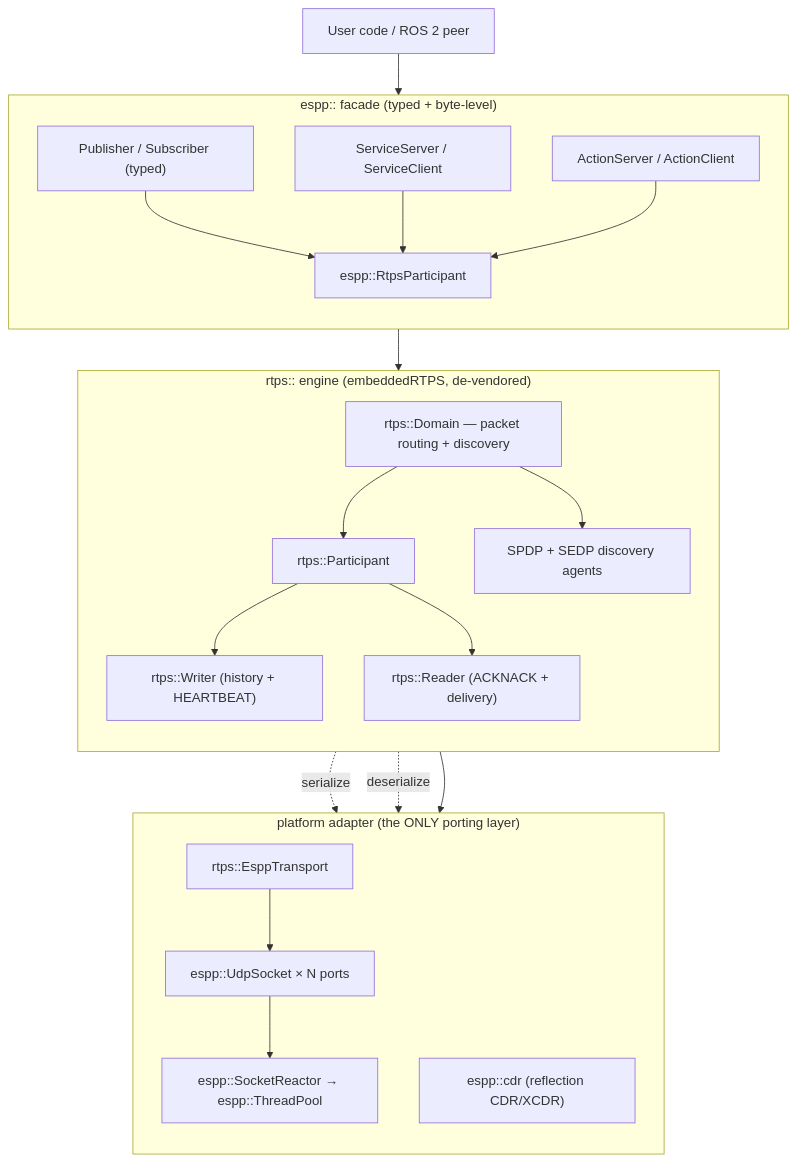
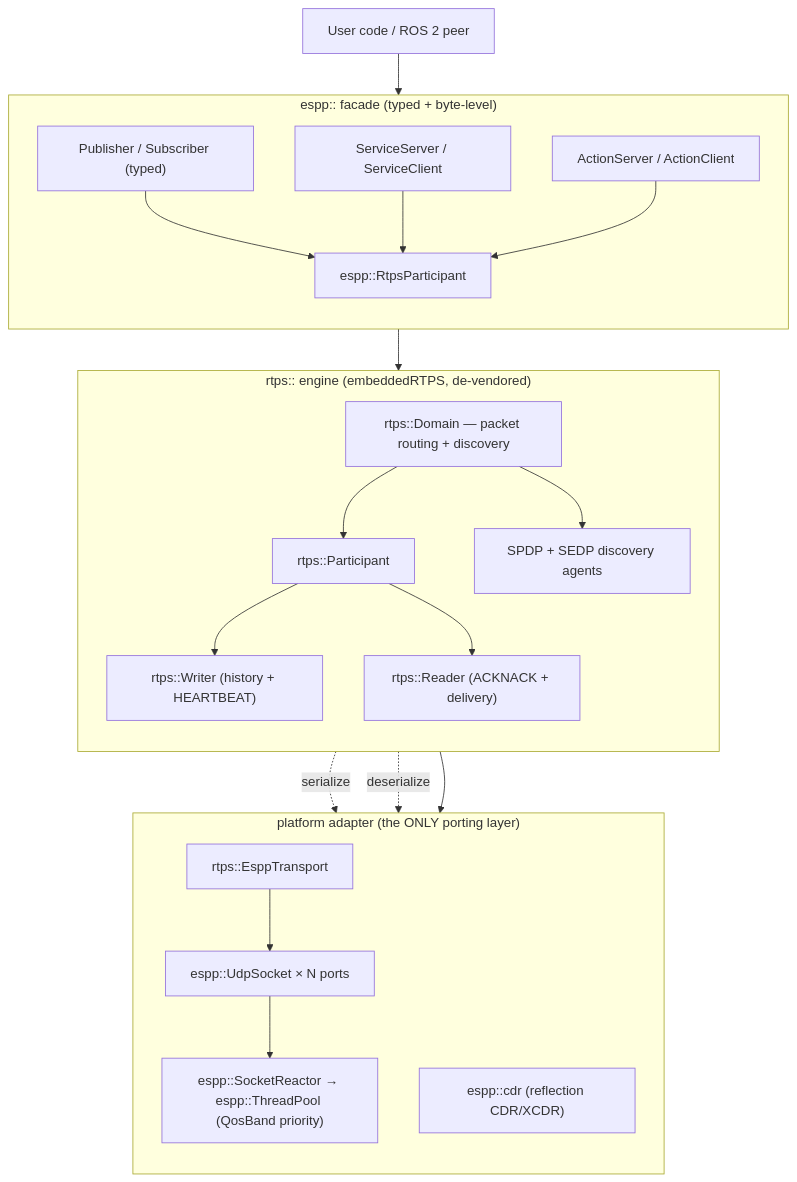
Before and after one commit to esp-cpp/espp: the first of 2 diagrams in components/rtps/README.md, drawn with Mermaid. The commit also changed other lines of this file and 1 other file, not shown here.

First line of the commit message:
doc(rtps): document priority bands, dedicated endpoint ports, and the fd ration

````diff
--- a/components/rtps/README.md
+++ b/components/rtps/README.md
@@ -39,39 +39,39 @@
 ```mermaid
 flowchart TD
     U["User code / ROS 2 peer"]
 
     subgraph facade["espp:: facade (typed + byte-level)"]
         direction TB
         PS["Publisher / Subscriber (typed)"]
         SVC["ServiceServer / ServiceClient"]
         ACT["ActionServer / ActionClient"]
         RP["espp::RtpsParticipant"]
         PS --> RP
         SVC --> RP
         ACT --> RP
     end
 
     subgraph engine["rtps:: engine (embeddedRTPS, de-vendored)"]
         direction TB
         DOM["rtps::Domain — packet routing + discovery"]
         PART["rtps::Participant"]
         WR["rtps::Writer (history + HEARTBEAT)"]
         RD["rtps::Reader (ACKNACK + delivery)"]
         DISC["SPDP + SEDP discovery agents"]
         DOM --> PART --> WR & RD
         DOM --> DISC
     end
 
     subgraph plat["platform adapter (the ONLY porting layer)"]
         direction TB
         TR["rtps::EsppTransport"]
         SOCK["espp::UdpSocket × N ports"]
-        REACT["espp::SocketReactor → espp::ThreadPool"]
+        REACT["espp::SocketReactor → espp::ThreadPool (QosBand priority)"]
         CDR["espp::cdr (reflection CDR/XCDR)"]
         TR --> SOCK --> REACT
     end
 
     U --> facade --> engine --> plat
     WR -. serialize .-> CDR
     RD -. deserialize .-> CDR
 ```
````
